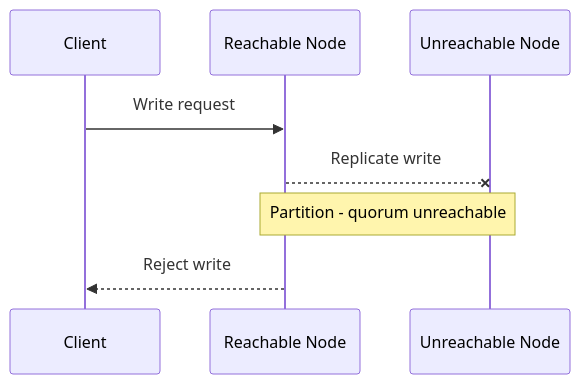
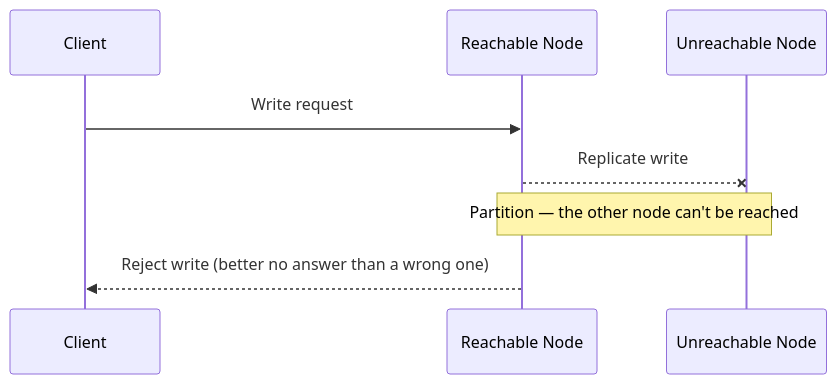
One commit to veeresh-bikkaneti/system-design-and-architecture changed the third of 3 diagrams in content/lessons/cap-theorem.mdx. Above: the diagram before and after it, drawn with Mermaid. The commit also changed other lines of this file and 3 other files, not shown here.

````diff
--- a/content/lessons/cap-theorem.mdx
+++ b/content/lessons/cap-theorem.mdx
@@ -62,11 +83,11 @@
 ```mermaid
 sequenceDiagram
     participant Client
     participant NodeA as Reachable Node
     participant NodeB as Unreachable Node
 
     Client->>NodeA: Write request
     NodeA--xNodeB: Replicate write
-    Note over NodeA,NodeB: Partition - quorum unreachable
-    NodeA-->>Client: Reject write
+    Note over NodeA,NodeB: Partition — the other node can't be reached
+    NodeA-->>Client: Reject write (better no answer than a wrong one)
 ```
````
